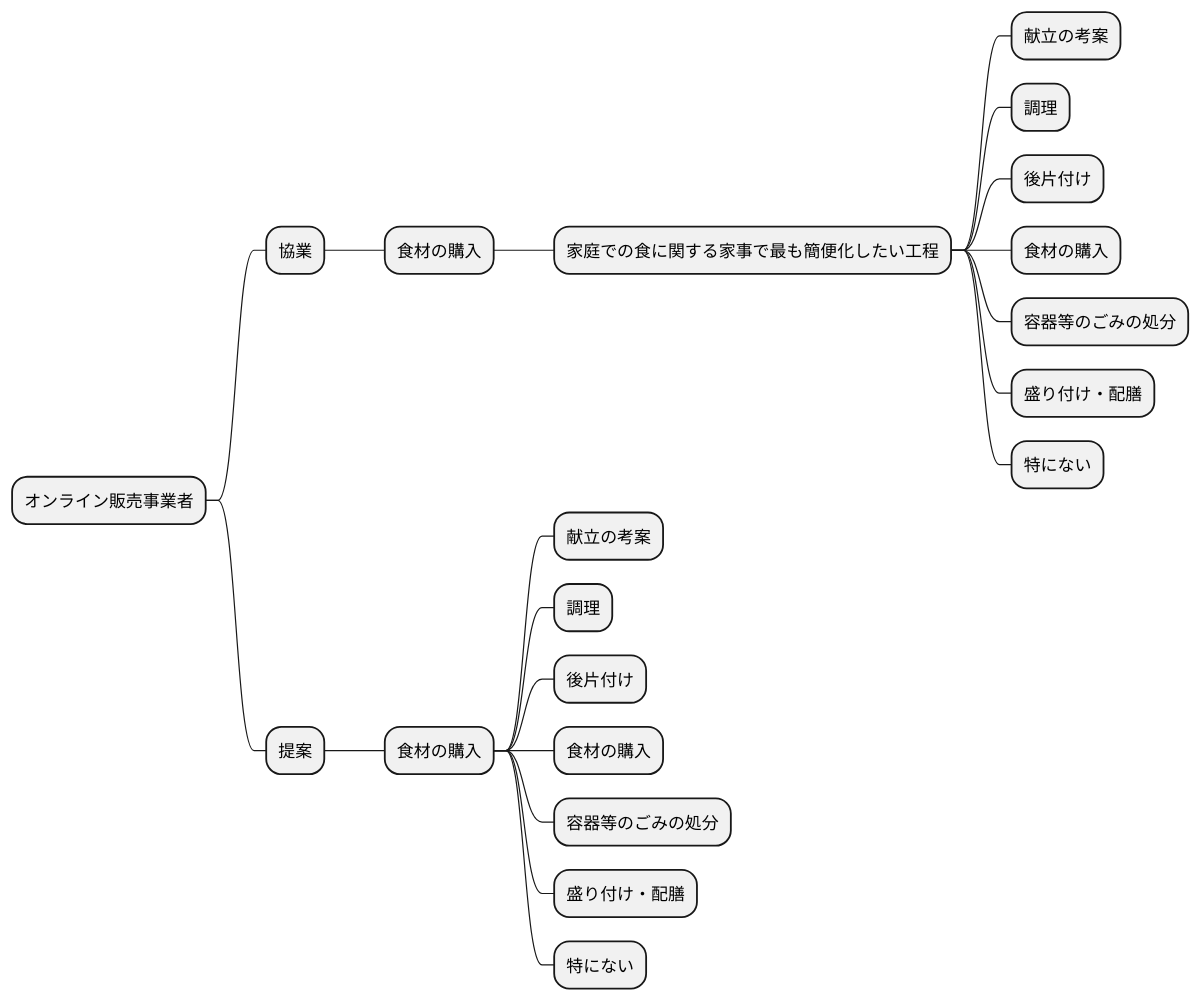
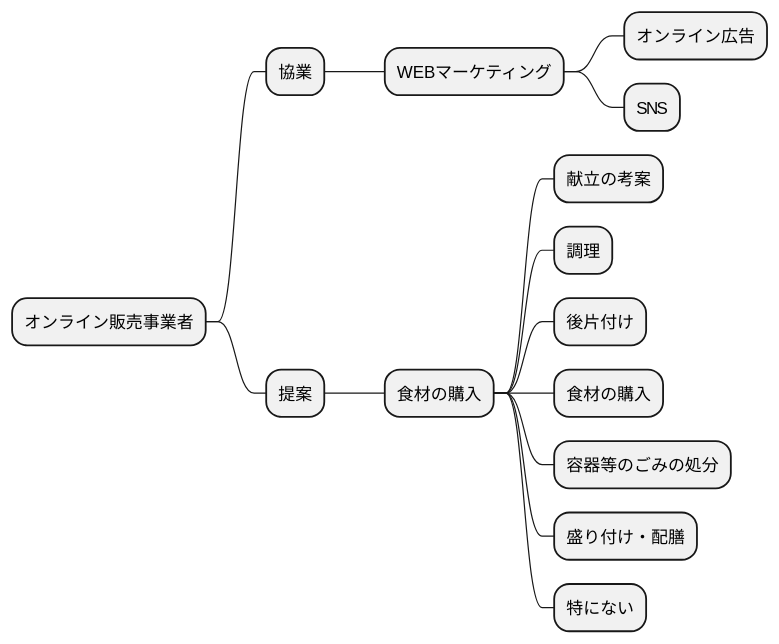
Before and after one commit to k2works/requirements_definition_excercise: the fourth of 7 diagrams in docs/R04/study/study_2_take01.md, drawn with PlantUML. The commit also changed other lines of this file, not shown here.

````diff
--- a/docs/R04/study/study_2_take01.md
+++ b/docs/R04/study/study_2_take01.md
@@ -132,26 +141,20 @@
 ```plantuml
 @startmindmap
 
 * オンライン販売事業者
 ** 協業
-*** 食材の購入
-**** 家庭での食に関する家事で最も簡便化したい工程
-***** 献立の考案
-***** 調理
-***** 後片付け
-***** 食材の購入
-***** 容器等のごみの処分
-***** 盛り付け・配膳
-***** 特にない
+*** WEBマーケティング
+**** オンライン広告
+**** SNS
 ** 提案
 *** 食材の購入
 **** 献立の考案
 **** 調理
 **** 後片付け
 **** 食材の購入
 **** 容器等のごみの処分
 **** 盛り付け・配膳
 **** 特にない
 
 @endmindmap
 ```
````
